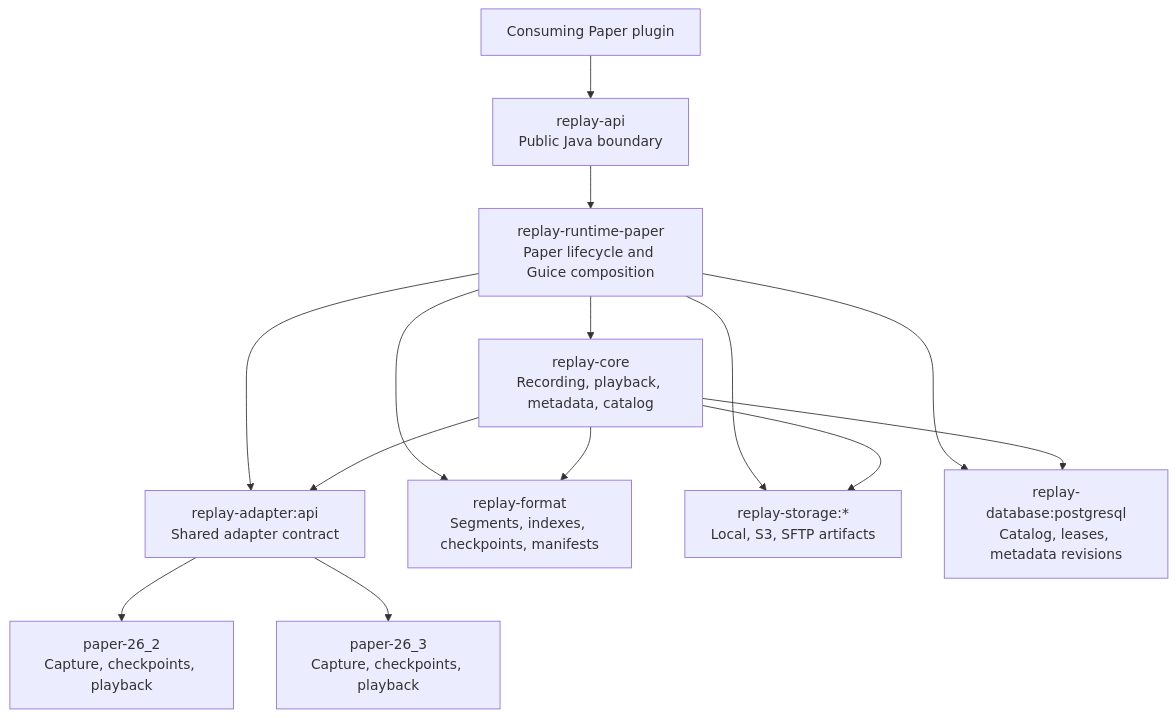
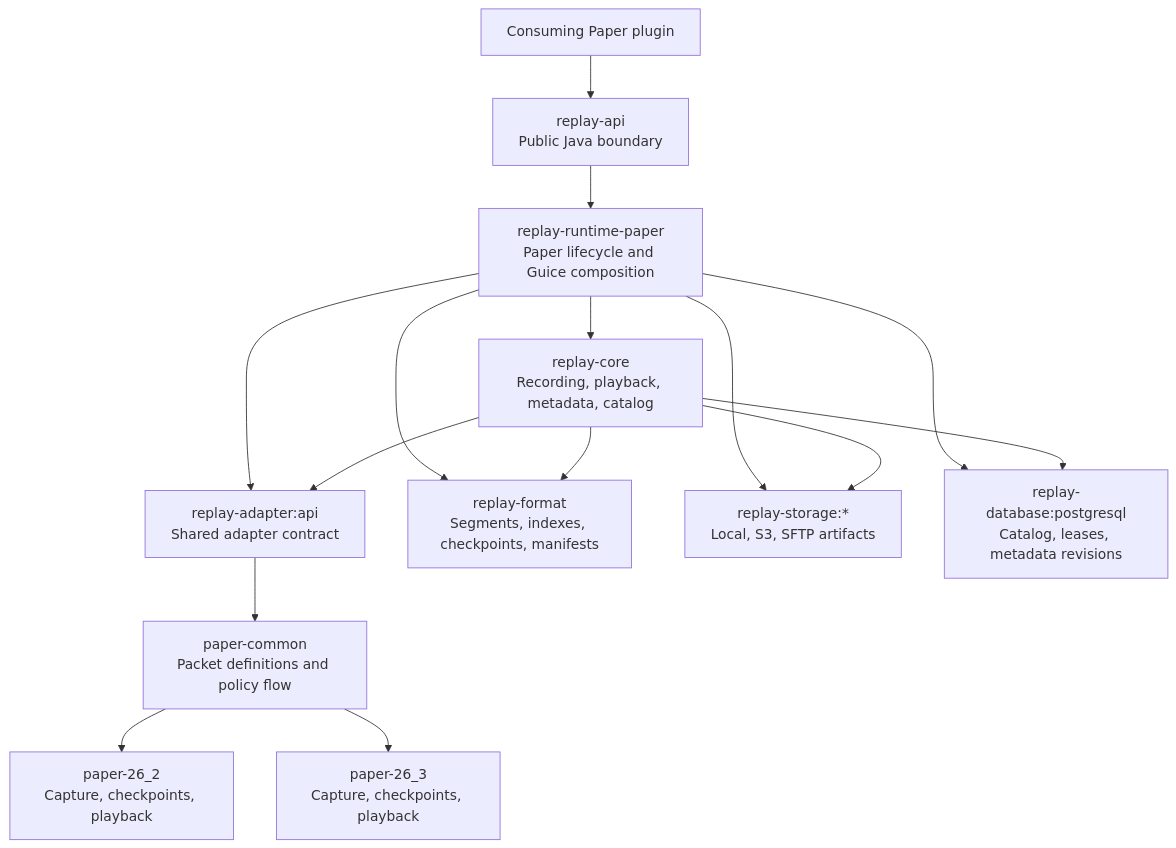
The first of 3 diagrams in docs/architecture.md (schmolldechse/replay-framework), drawn with Mermaid before and after one commit. The commit also changed other lines of this file and 22 other files, not shown here.

First line of the commit message:
docs: document packet rewrite architecture

````diff
--- a/docs/architecture.md
+++ b/docs/architecture.md
@@ -9,18 +9,19 @@
 ```mermaid
 flowchart TD
     plugin["Consuming Paper plugin"] --> api["replay-api<br/>Public Java boundary"]
     api --> runtime["replay-runtime-paper<br/>Paper lifecycle and Guice composition"]
 
     runtime --> core["replay-core<br/>Recording, playback, metadata, catalog"]
     runtime --> adapterApi["replay-adapter:api<br/>Shared adapter contract"]
-    adapterApi --> adapter262["paper-26_2<br/>Capture, checkpoints, playback"]
-    adapterApi --> adapter263["paper-26_3<br/>Capture, checkpoints, playback"]
+    adapterApi --> paperCommon["paper-common<br/>Packet definitions and policy flow"]
+    paperCommon --> adapter262["paper-26_2<br/>Capture, checkpoints, playback"]
+    paperCommon --> adapter263["paper-26_3<br/>Capture, checkpoints, playback"]
     runtime --> format["replay-format<br/>Segments, indexes, checkpoints, manifests"]
     runtime --> storage["replay-storage:*<br/>Local, S3, SFTP artifacts"]
     runtime --> database["replay-database:postgresql<br/>Catalog, leases, metadata revisions"]
 
     core --> adapterApi
     core --> format
     core --> storage
     core --> database
 ```
````
